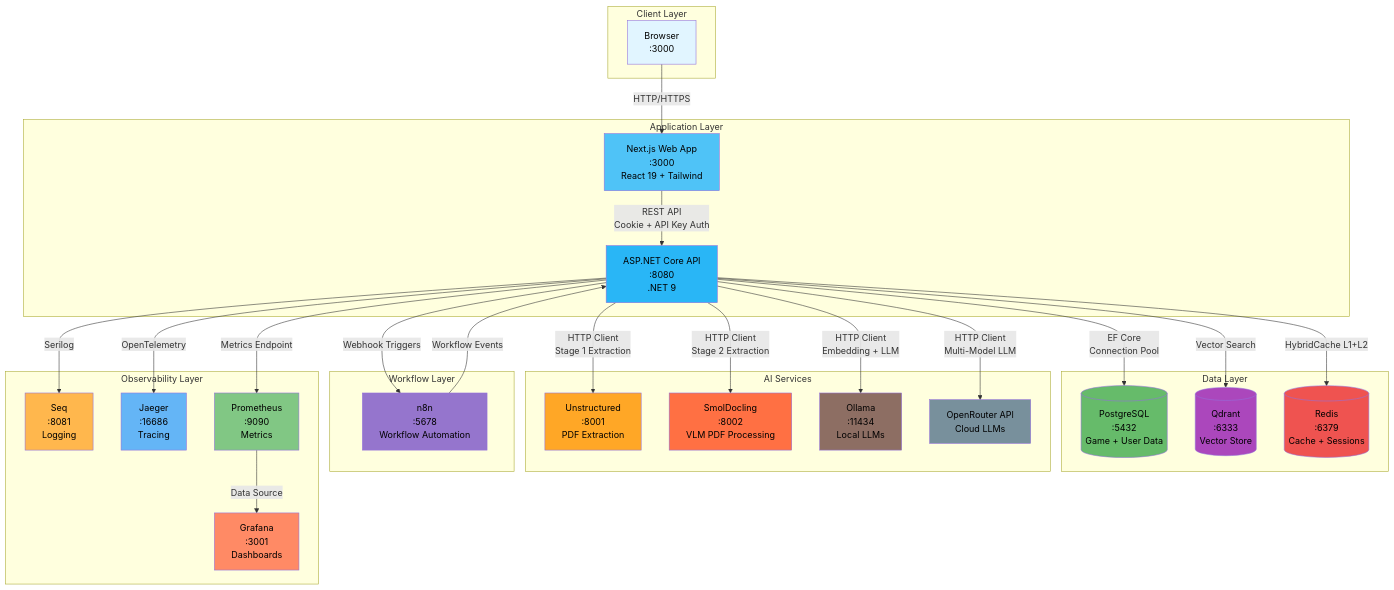
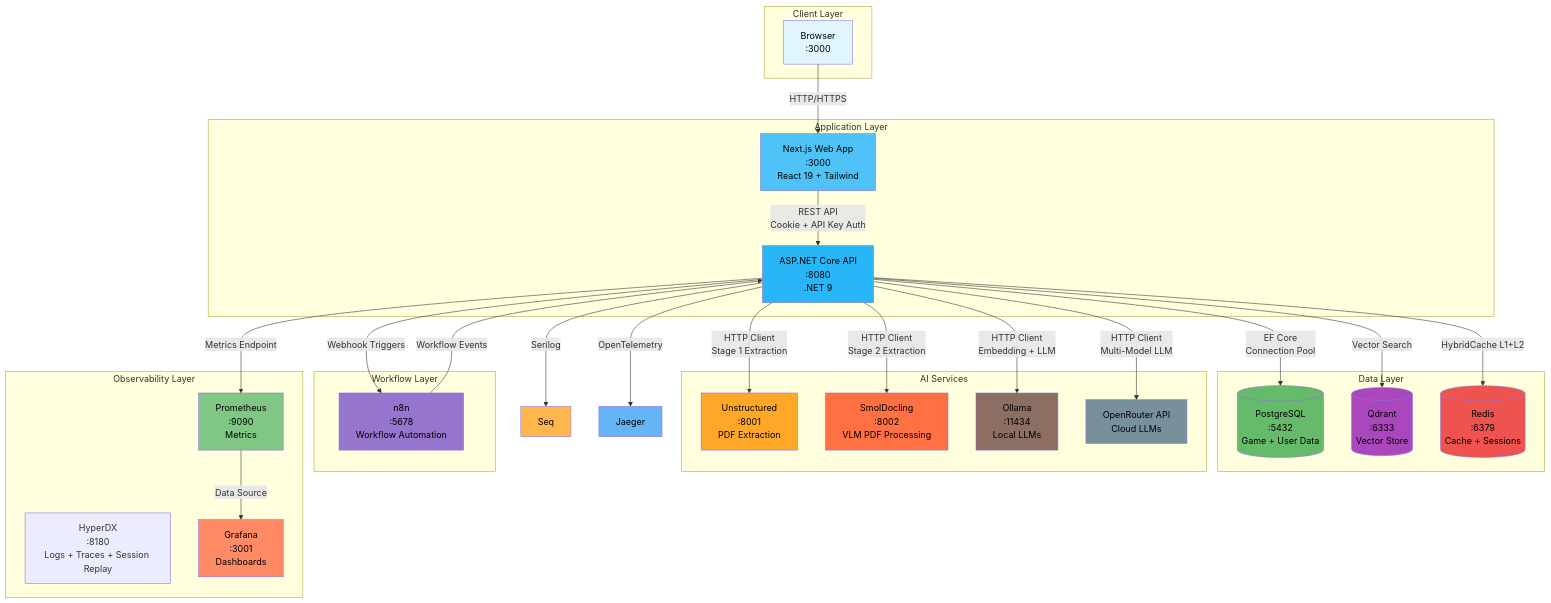
Before and after one commit to meepleAi-app/meepleai-monorepo: the first of 2 diagrams in docs/01-architecture/diagrams/infrastructure-overview.md, drawn with Mermaid. The commit also changed 21 other files, not shown here.

````diff
--- a/docs/01-architecture/diagrams/infrastructure-overview.md
+++ b/docs/01-architecture/diagrams/infrastructure-overview.md
@@ -5,71 +5,70 @@
 ```mermaid
 graph TB
     subgraph "Client Layer"
         Browser[Browser<br/>:3000]
     end
 
     subgraph "Application Layer"
         Web[Next.js Web App<br/>:3000<br/>React 19 + Tailwind]
         API[ASP.NET Core API<br/>:8080<br/>.NET 9]
     end
 
     subgraph "Data Layer"
         PG[(PostgreSQL<br/>:5432<br/>Game + User Data)]
         Qdrant[(Qdrant<br/>:6333<br/>Vector Store)]
         Redis[(Redis<br/>:6379<br/>Cache + Sessions)]
     end
 
     subgraph "AI Services"
         Unstructured[Unstructured<br/>:8001<br/>PDF Extraction]
         SmolDocling[SmolDocling<br/>:8002<br/>VLM PDF Processing]
         Ollama[Ollama<br/>:11434<br/>Local LLMs]
         OpenRouter[OpenRouter API<br/>Cloud LLMs]
     end
 
     subgraph "Workflow Layer"
         N8N[n8n<br/>:5678<br/>Workflow Automation]
     end
 
     subgraph "Observability Layer"
-        Seq[Seq<br/>:8081<br/>Logging]
-        Jaeger[Jaeger<br/>:16686<br/>Tracing]
+        HyperDX[HyperDX<br/>:8180<br/>Logs + Traces + Session Replay]
         Prometheus[Prometheus<br/>:9090<br/>Metrics]
         Grafana[Grafana<br/>:3001<br/>Dashboards]
     end
 
     Browser -->|HTTP/HTTPS| Web
     Web -->|REST API<br/>Cookie + API Key Auth| API
 
     API -->|EF Core<br/>Connection Pool| PG
     API -->|Vector Search| Qdrant
     API -->|HybridCache L1+L2| Redis
 
     API -->|HTTP Client<br/>Stage 1 Extraction| Unstructured
     API -->|HTTP Client<br/>Stage 2 Extraction| SmolDocling
     API -->|HTTP Client<br/>Embedding + LLM| Ollama
     API -->|HTTP Client<br/>Multi-Model LLM| OpenRouter
 
     API -->|Webhook Triggers| N8N
     N8N -->|Workflow Events| API
 
     API -->|Serilog| Seq
     API -->|OpenTelemetry| Jaeger
     API -->|Metrics Endpoint| Prometheus
     Prometheus -->|Data Source| Grafana
 
     style Browser fill:#e1f5ff,color:#000
     style Web fill:#4fc3f7,color:#000
     style API fill:#29b6f6,color:#000
     style PG fill:#66bb6a,color:#000
     style Qdrant fill:#ab47bc,color:#000
     style Redis fill:#ef5350,color:#000
     style Unstructured fill:#ffa726,color:#000
     style SmolDocling fill:#ff7043,color:#000
     style Ollama fill:#8d6e63,color:#000
     style OpenRouter fill:#78909c,color:#000
     style N8N fill:#9575cd,color:#000
     style Seq fill:#ffb74d,color:#000
     style Jaeger fill:#64b5f6,color:#000
     style Prometheus fill:#81c784,color:#000
     style Grafana fill:#ff8a65,color:#000
 ```
````
